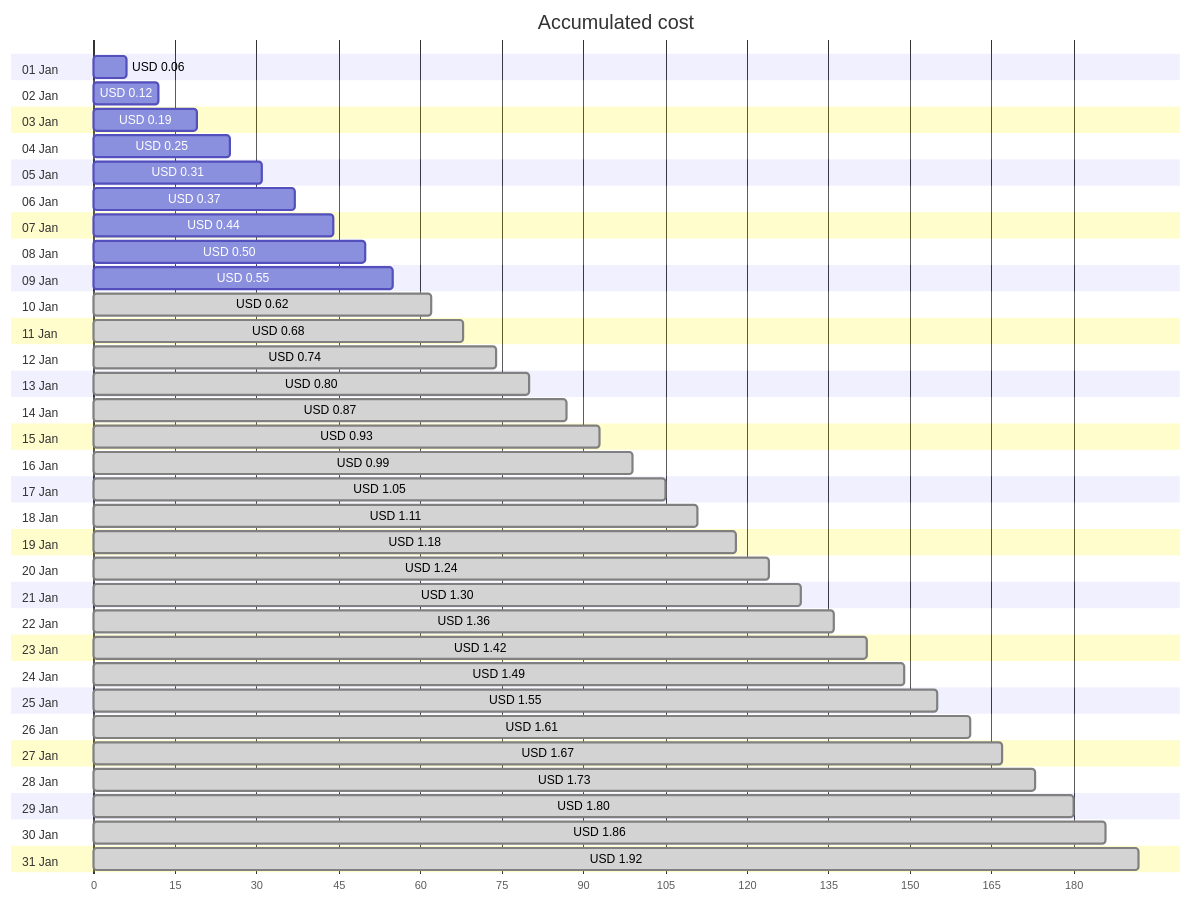
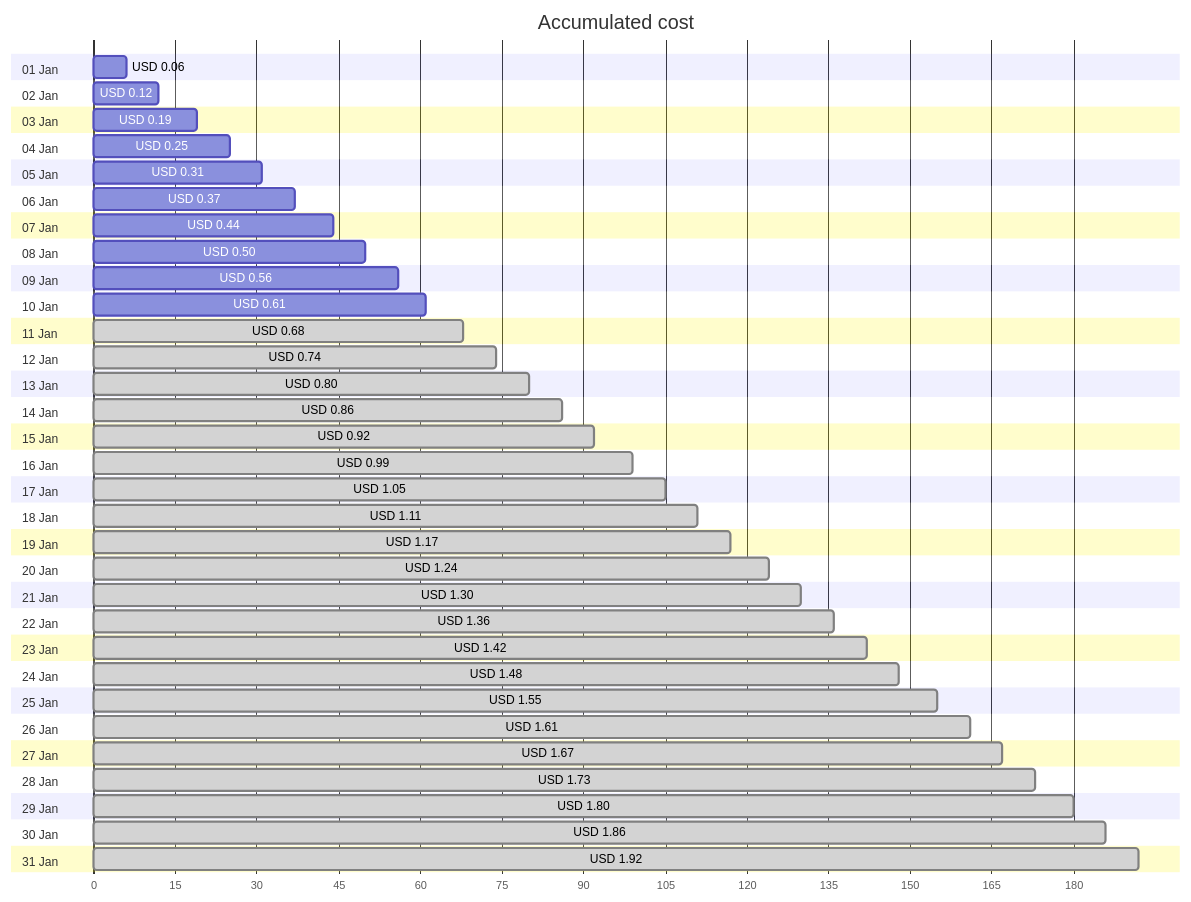
The first of 4 diagrams in cost-reports/personal-network/vpn-server_OsDisk.md (jpfulton/azure-personal-reports), drawn with Mermaid before and after one commit. The commit also changed other lines of this file and 8 other files, not shown here.

````diff
--- a/cost-reports/personal-network/vpn-server_OsDisk.md
+++ b/cost-reports/personal-network/vpn-server_OsDisk.md
@@ -20,68 +20,68 @@
 ```mermaid
 gantt
    title Accumulated cost
    dateFormat  X
    axisFormat %s
    section 01 Jan
    USD 0.06 :0, 6
    section 02 Jan
    USD 0.12 :0, 12
    section 03 Jan
    USD 0.19 :0, 19
    section 04 Jan
    USD 0.25 :0, 25
    section 05 Jan
    USD 0.31 :0, 31
    section 06 Jan
    USD 0.37 :0, 37
    section 07 Jan
    USD 0.44 :0, 44
    section 08 Jan
    USD 0.50 :0, 50
    section 09 Jan
-   USD 0.55 :0, 55
+   USD 0.56 :0, 56
    section 10 Jan
-   USD 0.62 : done, 0, 62
+   USD 0.61 :0, 61
    section 11 Jan
    USD 0.68 : done, 0, 68
    section 12 Jan
    USD 0.74 : done, 0, 74
    section 13 Jan
    USD 0.80 : done, 0, 80
    section 14 Jan
-   USD 0.87 : done, 0, 87
+   USD 0.86 : done, 0, 86
    section 15 Jan
-   USD 0.93 : done, 0, 93
+   USD 0.92 : done, 0, 92
    section 16 Jan
    USD 0.99 : done, 0, 99
    section 17 Jan
    USD 1.05 : done, 0, 105
    section 18 Jan
    USD 1.11 : done, 0, 111
    section 19 Jan
-   USD 1.18 : done, 0, 118
+   USD 1.17 : done, 0, 117
    section 20 Jan
    USD 1.24 : done, 0, 124
    section 21 Jan
    USD 1.30 : done, 0, 130
    section 22 Jan
    USD 1.36 : done, 0, 136
    section 23 Jan
    USD 1.42 : done, 0, 142
    section 24 Jan
-   USD 1.49 : done, 0, 149
+   USD 1.48 : done, 0, 148
    section 25 Jan
    USD 1.55 : done, 0, 155
    section 26 Jan
    USD 1.61 : done, 0, 161
    section 27 Jan
    USD 1.67 : done, 0, 167
    section 28 Jan
    USD 1.73 : done, 0, 173
    section 29 Jan
    USD 1.80 : done, 0, 180
    section 30 Jan
    USD 1.86 : done, 0, 186
    section 31 Jan
    USD 1.92 : done, 0, 192
 ```
````
